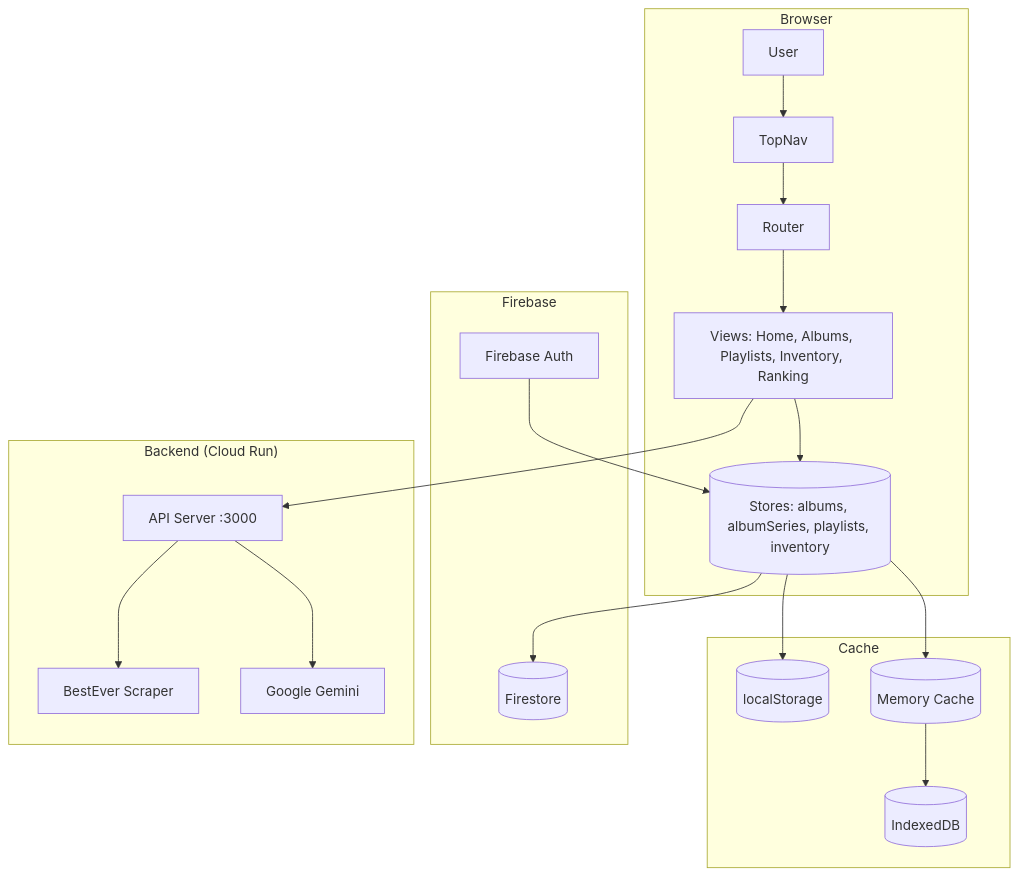
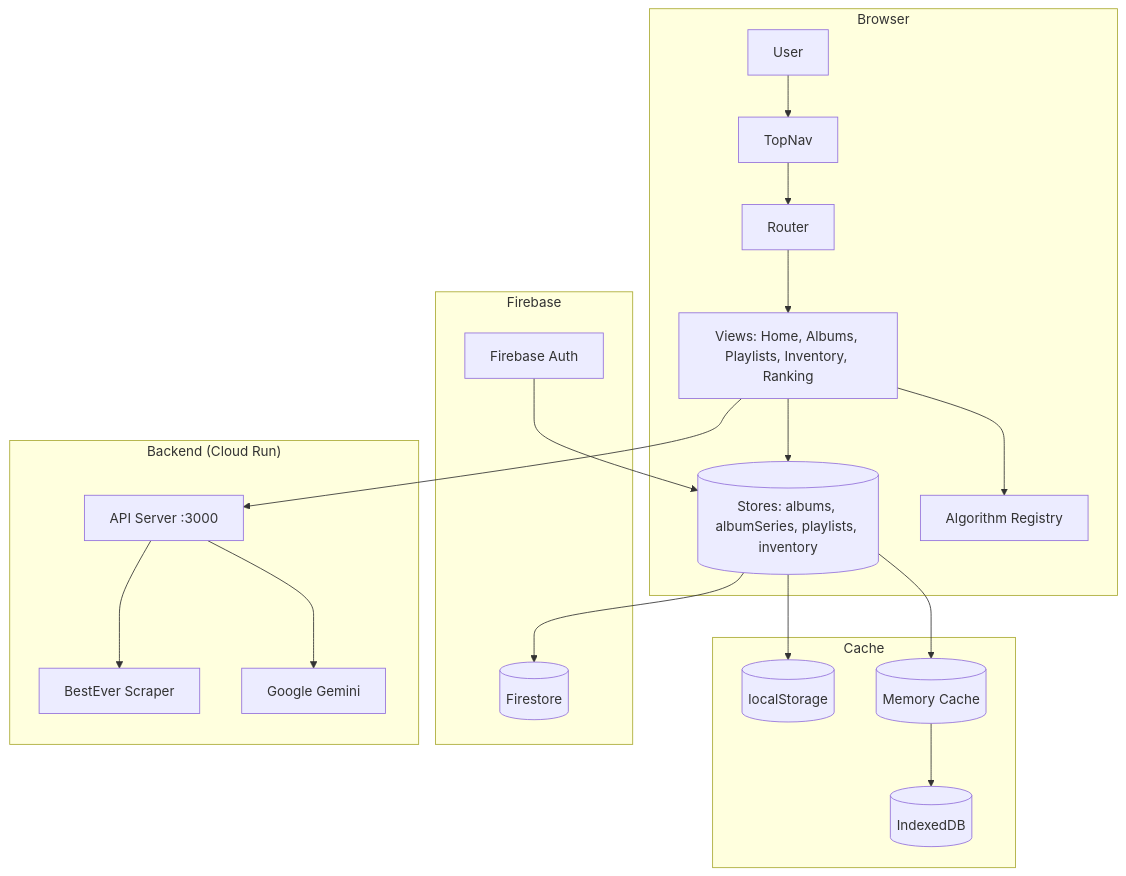
The first of 5 diagrams in docs/ARCHITECTURE.md (maujrp99/MJRP_AlbumsBalancedPlaylists_v0), drawn with Mermaid before and after one commit. The commit also changed other lines of this file and 4 other files, not shown here.

````diff
--- a/docs/ARCHITECTURE.md
+++ b/docs/ARCHITECTURE.md
@@ -14,42 +14,44 @@
 ```mermaid
 graph TB
     subgraph Browser
         User[User]
         TopNav[TopNav]
         Router[Router]
         Views[Views: Home, Albums, Playlists, Inventory, Ranking]
         Stores[(Stores: albums, albumSeries, playlists, inventory)]
+        Algorithms[Algorithm Registry]
     end
     
     subgraph Cache
         LocalStorage[(localStorage)]
         IndexedDB[(IndexedDB)]
         MemoryCache[(Memory Cache)]
     end
     
     subgraph Firebase
         Firestore[(Firestore)]
         Auth[Firebase Auth]
     end
     
     subgraph Backend["Backend (Cloud Run)"]
         API[API Server :3000]
         Scrapers[BestEver Scraper]
         AI[Google Gemini]
     end
     
     User --> TopNav
     TopNav --> Router
     Router --> Views
     Views --> Stores
+    Views --> Algorithms
     Stores --> LocalStorage
     Stores --> Firestore
     Stores --> MemoryCache
     MemoryCache --> IndexedDB
     
     Views --> API
     API --> Scrapers
     API --> AI
     
     Auth --> Stores
 ```
````
